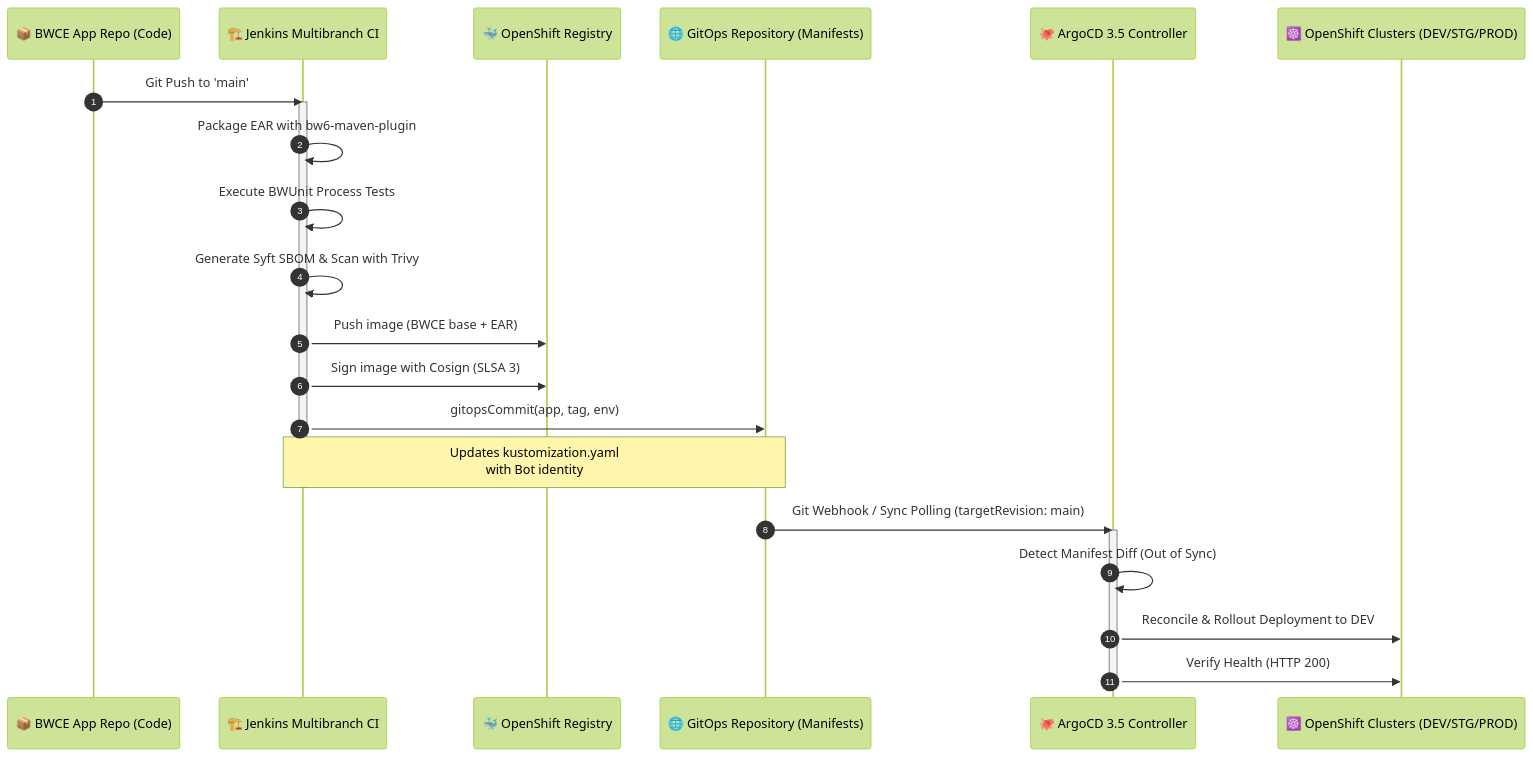
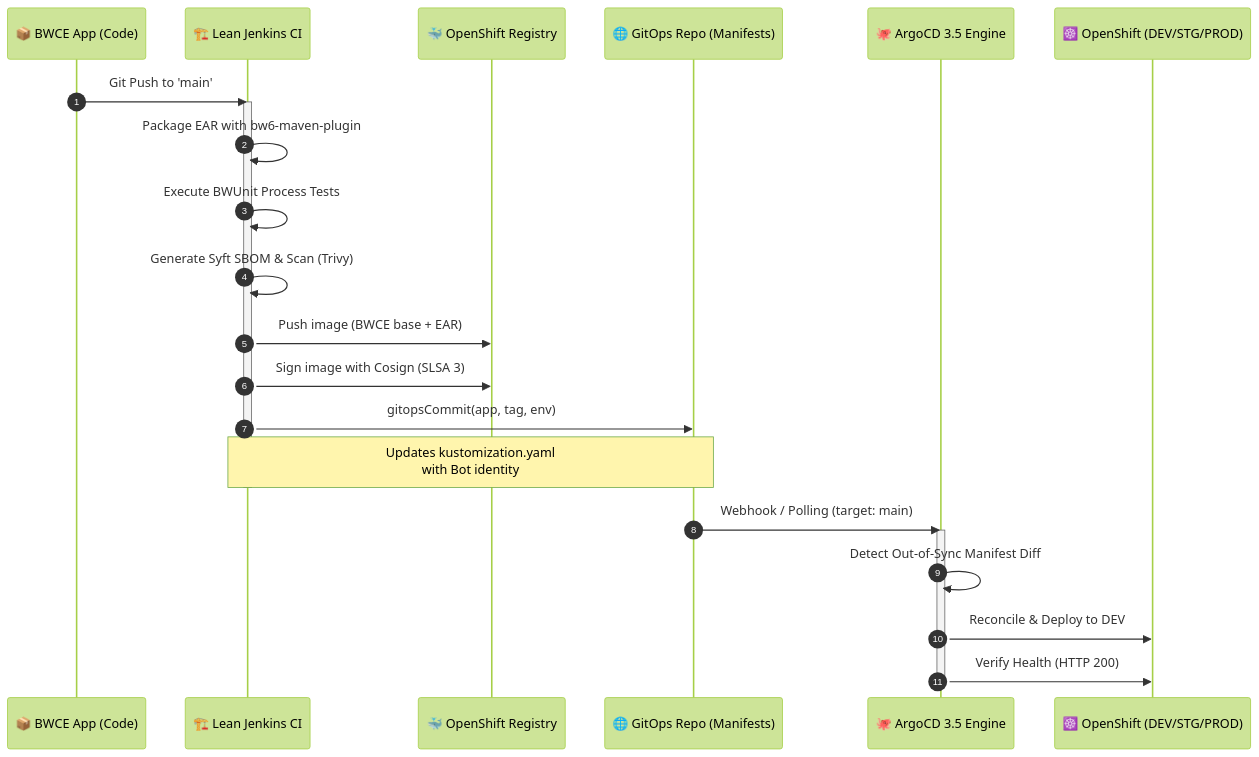
Before and after one commit to nubenetes/jenkins-without-git-parameter-bwce: diagram 11 of 15 in README.md, drawn with Mermaid (forest theme). The commit also changed other lines of this file, not shown here.

Commit message:
fix(mermaid): comprehensive overhaul of all diagrams (topology, PR preview, promotion, zero-trust) to prevent text clipping

````diff
--- a/README.md
+++ b/README.md
@@ -762,29 +763,29 @@
 ```mermaid
 sequenceDiagram
     autonumber
-    participant GitApp as 📦 BWCE App Repo (Code)
-    participant Jenkins as 🏗️ Jenkins Multibranch CI
+    participant GitApp as 📦 BWCE App (Code)
+    participant Jenkins as 🏗️ Lean Jenkins CI
     participant Registry as 🐳 OpenShift Registry
-    participant GitOps as 🌐 GitOps Repository (Manifests)
-    participant ArgoCD as 🐙 ArgoCD 3.5 Controller
-    participant OCP as ☸️ OpenShift Clusters (DEV/STG/PROD)
+    participant GitOps as 🌐 GitOps Repo (Manifests)
+    participant ArgoCD as 🐙 ArgoCD 3.5 Engine
+    participant OCP as ☸️ OpenShift (DEV/STG/PROD)
 
     GitApp->>Jenkins: Git Push to 'main'
     activate Jenkins
     Jenkins->>Jenkins: Package EAR with bw6-maven-plugin
     Jenkins->>Jenkins: Execute BWUnit Process Tests
-    Jenkins->>Jenkins: Generate Syft SBOM & Scan with Trivy
+    Jenkins->>Jenkins: Generate Syft SBOM & Scan (Trivy)
     Jenkins->>Registry: Push image (BWCE base + EAR)
     Jenkins->>Registry: Sign image with Cosign (SLSA 3)
     
     Jenkins->>GitOps: gitopsCommit(app, tag, env)
     Note over Jenkins,GitOps: Updates kustomization.yaml<br/>with Bot identity
     deactivate Jenkins
 
-    GitOps->>ArgoCD: Git Webhook / Sync Polling (targetRevision: main)
+    GitOps->>ArgoCD: Webhook / Polling (target: main)
     activate ArgoCD
-    ArgoCD->>ArgoCD: Detect Manifest Diff (Out of Sync)
-    ArgoCD->>OCP: Reconcile & Rollout Deployment to DEV
+    ArgoCD->>ArgoCD: Detect Out-of-Sync Manifest Diff
+    ArgoCD->>OCP: Reconcile & Deploy to DEV
     ArgoCD->>OCP: Verify Health (HTTP 200)
     deactivate ArgoCD
 ```
````
